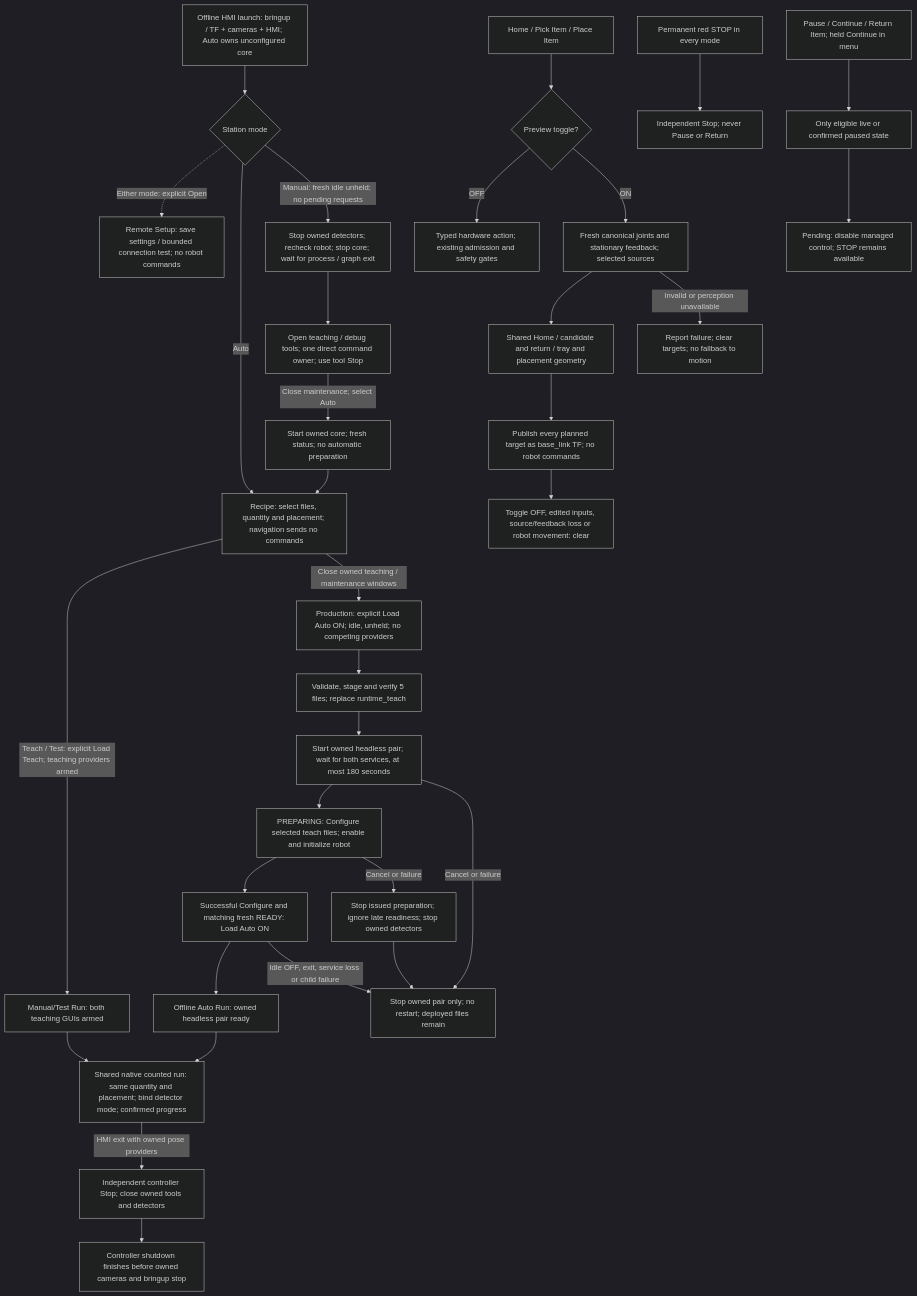
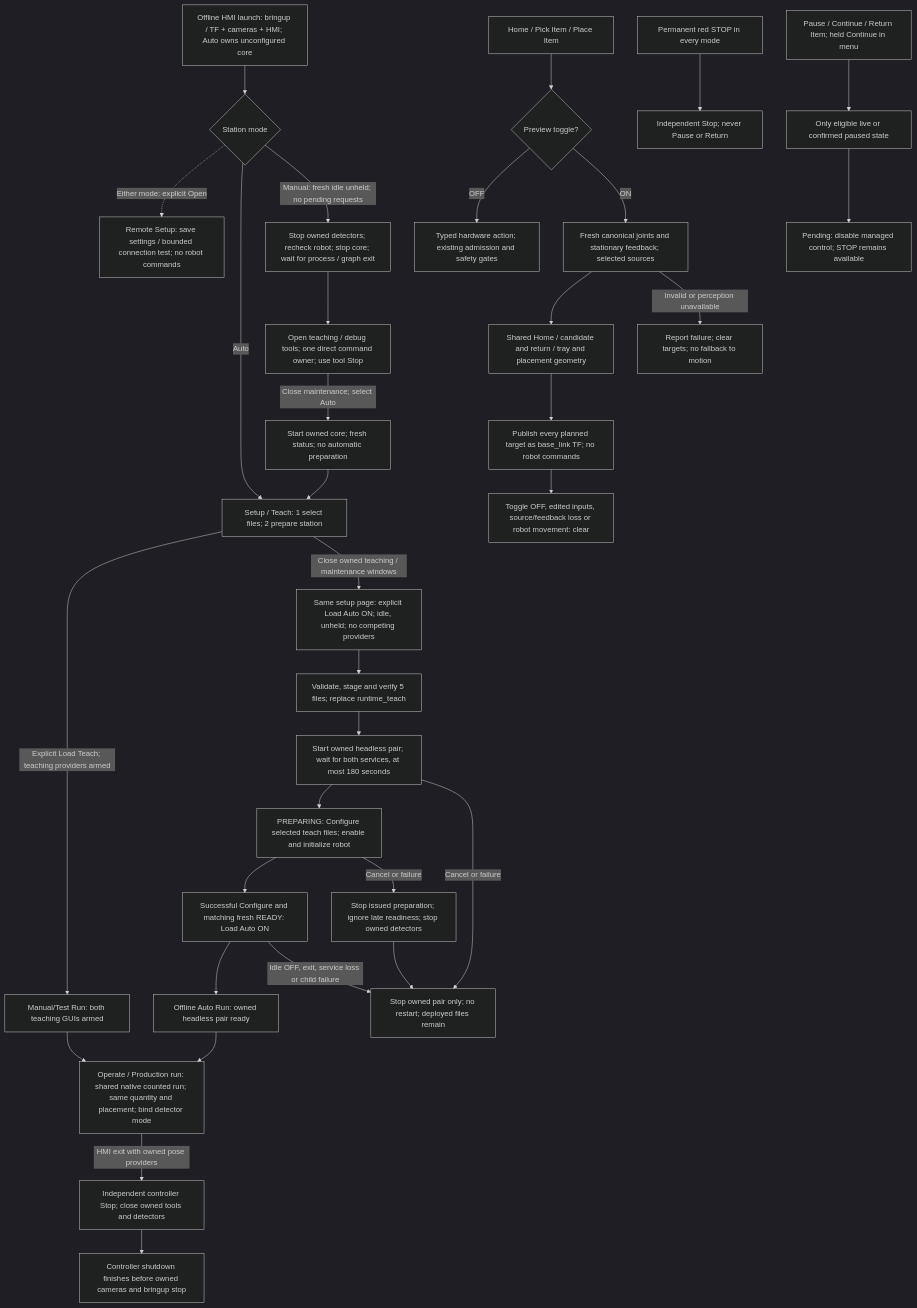
The first of 9 diagrams in docs/ROBOT_CONTROLLER_FSM.md (esgange/dobot_picknplace_yolo), drawn with Mermaid (dark theme) before and after one commit. The commit also changed other lines of this file and 10 other files, not shown here.

````diff
--- a/docs/ROBOT_CONTROLLER_FSM.md
+++ b/docs/ROBOT_CONTROLLER_FSM.md
@@ -1045,35 +1055,35 @@
 ```mermaid
 flowchart TD
     Launch["Offline HMI launch: bringup / TF + cameras + HMI; Auto owns unconfigured core"] --> StationMode{"Station mode"}
     StationMode -.->|Either mode: explicit Open| Remote["Remote Setup: save settings / bounded connection test; no robot commands"]
     StationMode -->|Auto| TeachPage
     StationMode -->|Manual: fresh idle unheld; no pending requests| ReleaseCore["Stop owned detectors; recheck robot; stop core; wait for process / graph exit"]
     ReleaseCore --> Tools["Open teaching / debug tools; one direct command owner; use tool Stop"]
     Tools -->|Close maintenance; select Auto| RestoreCore["Start owned core; fresh status; no automatic preparation"]
     RestoreCore --> TeachPage
-    TeachPage["Recipe: select files, quantity and placement; navigation sends no commands"] -->|Teach / Test: explicit Load Teach; teaching providers armed| Manual
-    TeachPage -->|Close owned teaching / maintenance windows| Deploy["Production: explicit Load Auto ON; idle, unheld; no competing providers"]
+    TeachPage["Setup / Teach: 1 select files; 2 prepare station"] -->|Explicit Load Teach; teaching providers armed| Manual
+    TeachPage -->|Close owned teaching / maintenance windows| Deploy["Same setup page: explicit Load Auto ON; idle, unheld; no competing providers"]
     Deploy --> Copy["Validate, stage and verify 5 files; replace runtime_teach"]
     Copy --> Detect["Start owned headless pair; wait for both services, at most 180 seconds"]
     Detect --> Prepare["PREPARING: Configure selected teach files; enable and initialize robot"]
     Prepare --> Loaded["Successful Configure and matching fresh READY: Load Auto ON"]
     Loaded --> Auto["Offline Auto Run: owned headless pair ready"]
-    Manual["Manual/Test Run: both teaching GUIs armed"] --> Run["Shared native counted run: same quantity and placement; bind detector mode; confirmed progress"]
+    Manual["Manual/Test Run: both teaching GUIs armed"] --> Run["Operate / Production run: shared native counted run; same quantity and placement; bind detector mode"]
     Auto --> Run
     Run -->|HMI exit with owned pose providers| HmiExit["Independent controller Stop; close owned tools and detectors"]
     HmiExit --> StationExit["Controller shutdown finishes before owned cameras and bringup stop"]
     Loaded -->|Idle OFF, exit, service loss or child failure| End["Stop owned pair only; no restart; deployed files remain"]
     Detect -->|Cancel or failure| End
     Prepare -->|Cancel or failure| CancelPrepare["Stop issued preparation; ignore late readiness; stop owned detectors"]
     CancelPrepare --> End
     Buttons["Home / Pick Item / Place Item"] --> Mode{"Preview toggle?"}
     Mode -->|OFF| Action["Typed hardware action; existing admission and safety gates"]
     Mode -->|ON| Inputs["Fresh canonical joints and stationary feedback; selected sources"]
     Inputs --> Plan["Shared Home / candidate and return / tray and placement geometry"]
     Plan --> TF["Publish every planned target as base_link TF; no robot commands"]
     TF --> Clear["Toggle OFF, edited inputs, source/feedback loss or robot movement: clear"]
     Inputs -->|Invalid or perception unavailable| Failed["Report failure; clear targets; no fallback to motion"]
     Stop["Permanent red STOP in every mode"] --> Direct["Independent Stop; never Pause or Return"]
     Managed["Pause / Continue / Return Item; held Continue in menu"] --> Guard["Only eligible live or confirmed paused state"]
     Guard --> Pending["Pending: disable managed control; STOP remains available"]
 ```
````
